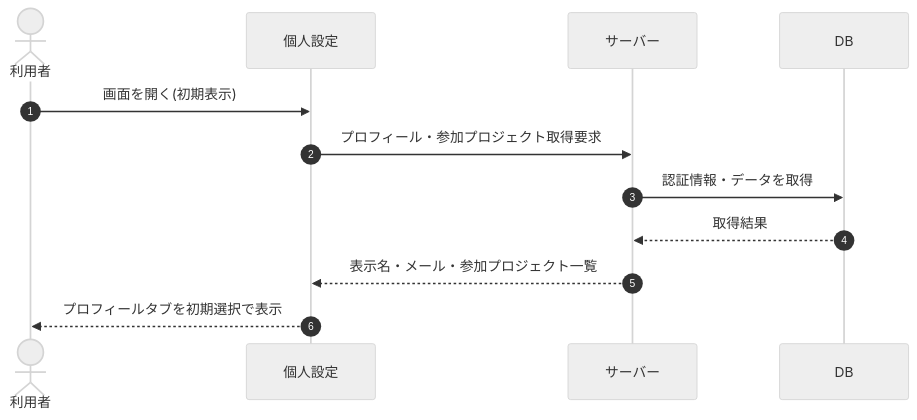
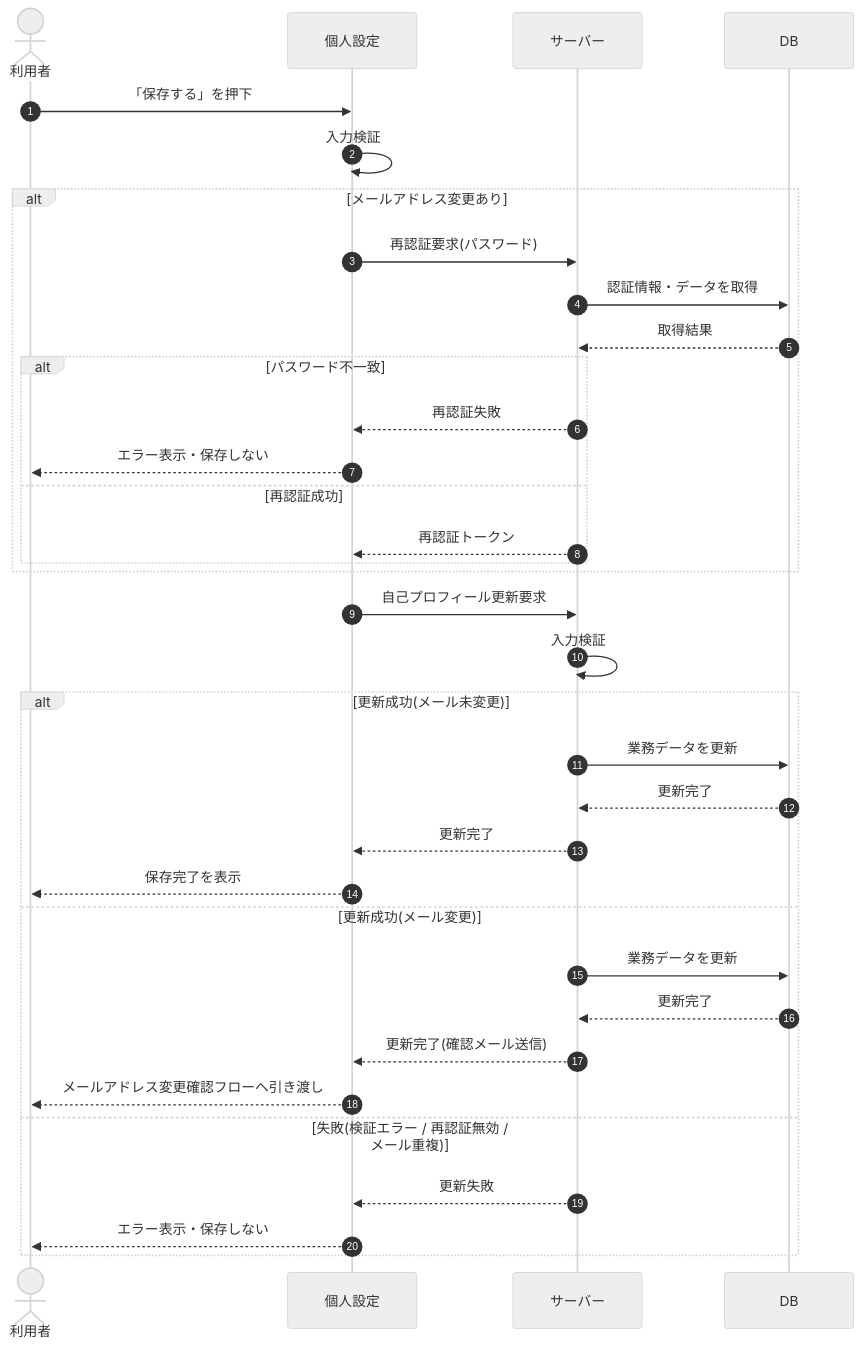
Before and after one commit to sikakou54/open-faq: the diagram in 02_basic_design/03_sequences/SEQ-070.md, drawn with Mermaid (neutral theme). The commit also changed other lines of this file and 395 other files, not shown here.

````diff
--- a/02_basic_design/03_sequences/SEQ-070.md
+++ b/02_basic_design/03_sequences/SEQ-070.md
@@ -25,14 +25,37 @@
 ```mermaid
 sequenceDiagram
   autonumber
   actor U as 利用者
   participant Screen as 個人設定
   participant Server as サーバー
   participant DB as DB
-  U->>Screen: 画面を開く(初期表示)
-  Screen->>Server: プロフィール・参加プロジェクト取得要求
-  Server->>DB: 認証情報・データを取得
-  DB-->>Server: 取得結果
-  Server-->>Screen: 表示名・メール・参加プロジェクト一覧
-  Screen-->>U: プロフィールタブを初期選択で表示
+  U->>Screen: 「保存する」を押下
+  Screen->>Screen: 入力検証
+  alt メールアドレス変更あり
+    Screen->>Server: 再認証要求(パスワード)
+    Server->>DB: 認証情報・データを取得
+    DB-->>Server: 取得結果
+    alt パスワード不一致
+      Server-->>Screen: 再認証失敗
+      Screen-->>U: エラー表示・保存しない
+    else 再認証成功
+      Server-->>Screen: 再認証トークン
+    end
+  end
+  Screen->>Server: 自己プロフィール更新要求
+  Server->>Server: 入力検証
+  alt 更新成功(メール未変更)
+    Server->>DB: 業務データを更新
+    DB-->>Server: 更新完了
+    Server-->>Screen: 更新完了
+    Screen-->>U: 保存完了を表示
+  else 更新成功(メール変更)
+    Server->>DB: 業務データを更新
+    DB-->>Server: 更新完了
+    Server-->>Screen: 更新完了(確認メール送信)
+    Screen-->>U: メールアドレス変更確認フローへ引き渡し
+  else 失敗(検証エラー / 再認証無効 / メール重複)
+    Server-->>Screen: 更新失敗
+    Screen-->>U: エラー表示・保存しない
+  end
 ```
````
